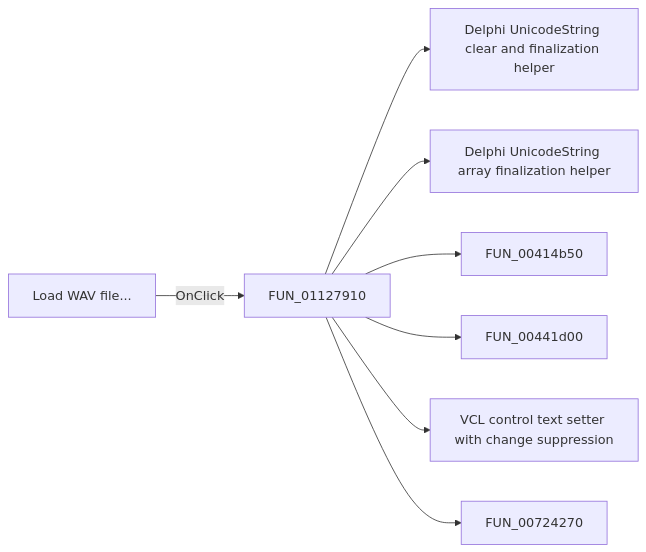
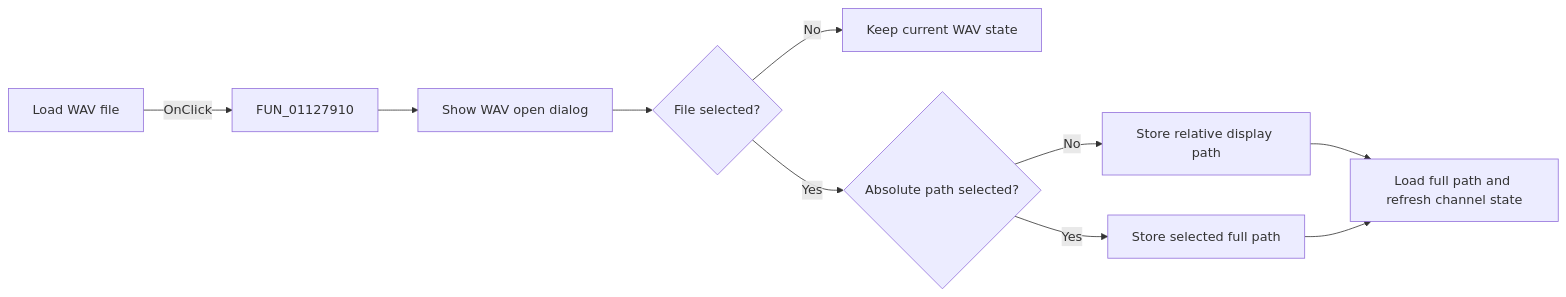
One commit to MovGP0/TIARA changed the diagram in docs/ui-controls/signaleditordlg/btnloadwav-135bb36289.md. Above: the diagram before and after it, drawn with Mermaid. The commit also changed other lines of this file and 1062 other files, not shown here.

````diff
--- a/docs/ui-controls/signaleditordlg/btnloadwav-135bb36289.md
+++ b/docs/ui-controls/signaleditordlg/btnloadwav-135bb36289.md
@@ -27,10 +33,12 @@
 ```mermaid
 flowchart LR
-    control["Load WAV file..."] -->|OnClick| handler["FUN_01127910"]
-    handler --> call1["Delphi UnicodeString clear and finalization helper"]
-    handler --> call2["Delphi UnicodeString array finalization helper"]
-    handler --> call3["FUN_00414b50"]
-    handler --> call4["FUN_00441d00"]
-    handler --> call5["VCL control text setter with change suppression"]
-    handler --> call6["FUN_00724270"]
+    control["Load WAV file"] -->|"OnClick"| handler["FUN_01127910"]
+    handler --> dialog["Show WAV open dialog"]
+    dialog --> accepted{"File selected?"}
+    accepted -->|"No"| unchanged["Keep current WAV state"]
+    accepted -->|"Yes"| path{"Absolute path selected?"}
+    path -->|"No"| relative["Store relative display path"]
+    path -->|"Yes"| absolute["Store selected full path"]
+    relative --> load["Load full path and refresh channel state"]
+    absolute --> load
 ```
````
